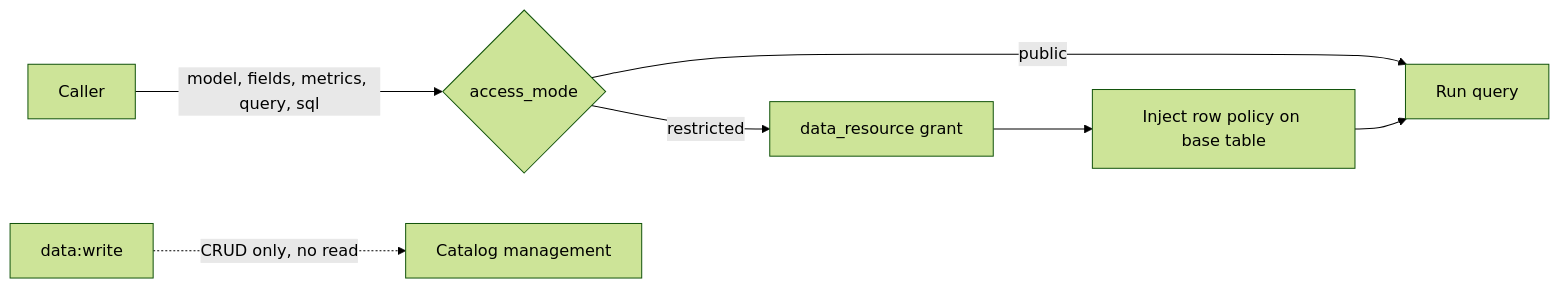
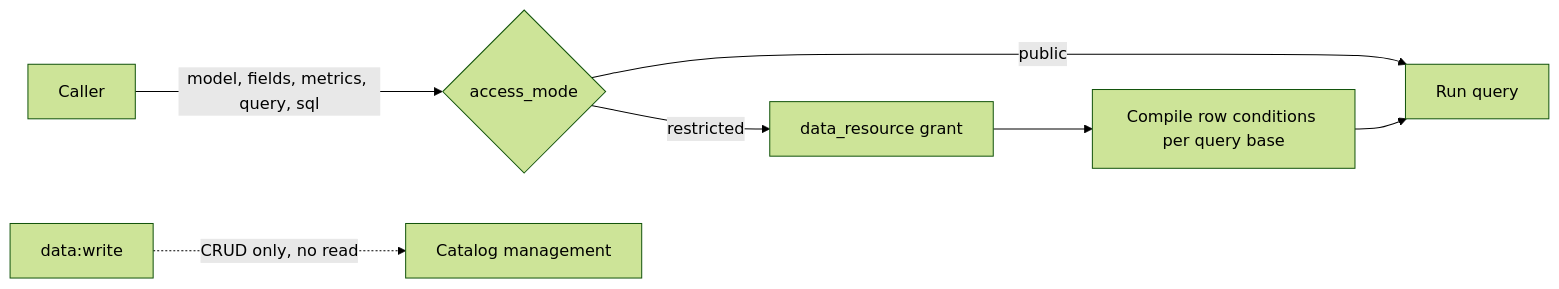
One commit to yingrui/openKMS changed the second of 2 diagrams in docs/features/catalog-data-access.md. Above: the diagram before and after it, drawn with Mermaid (forest theme). The commit also changed other lines of this file and 17 other files, not shown here.

````diff
--- a/docs/features/catalog-data-access.md
+++ b/docs/features/catalog-data-access.md
@@ -37,9 +84,9 @@
 ```mermaid
 flowchart LR
   caller[Caller] -->|"model, fields, metrics, query, sql"| plane{access_mode}
   plane -->|public| run[Run query]
   plane -->|restricted| grant["data_resource grant"]
-  grant --> policy["Inject row policy on base table"]
+  grant --> policy["Compile row conditions per query base"]
   policy --> run
   admin["data:write"] -.->|"CRUD only, no read"| catalog[Catalog management]
 ```
````
